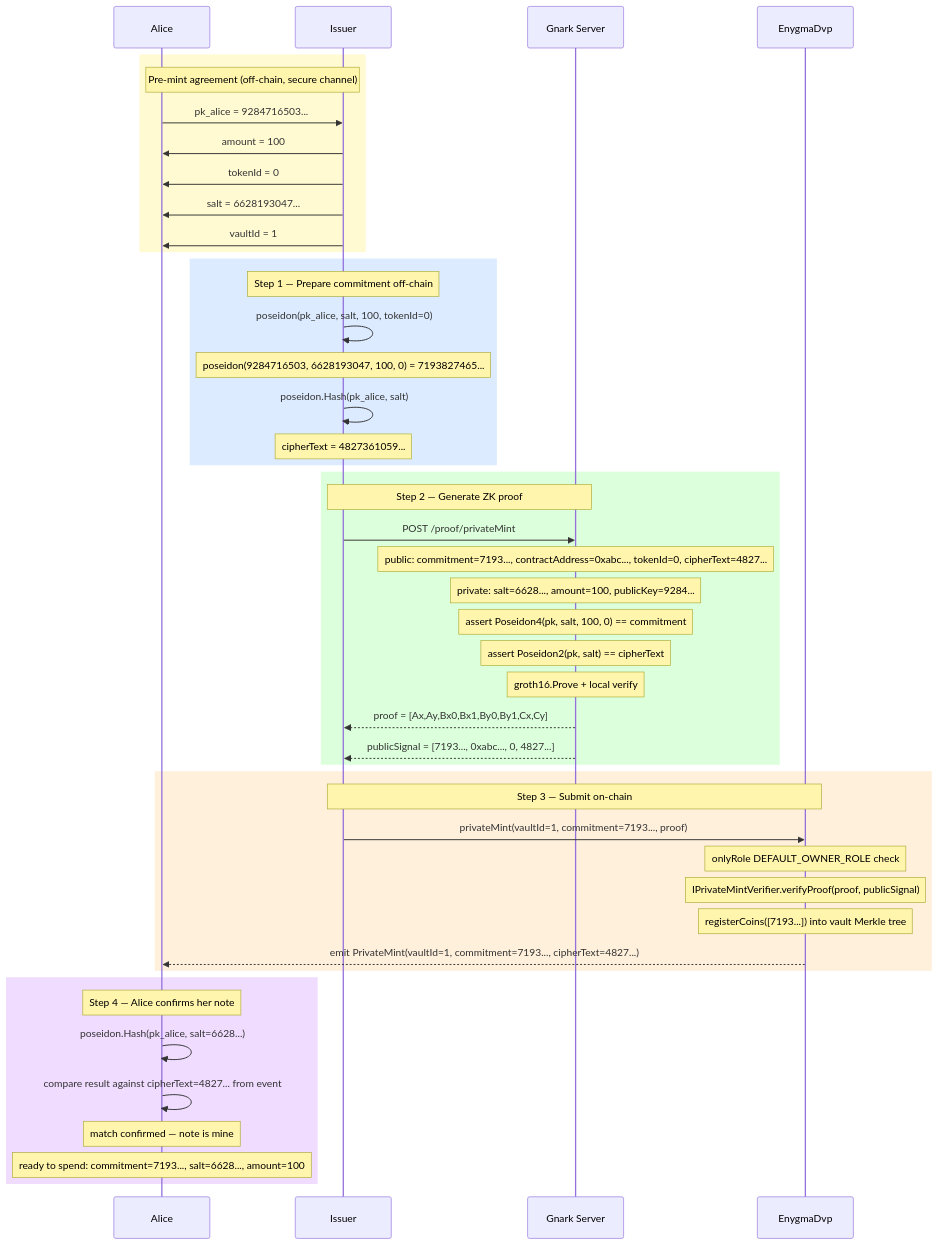
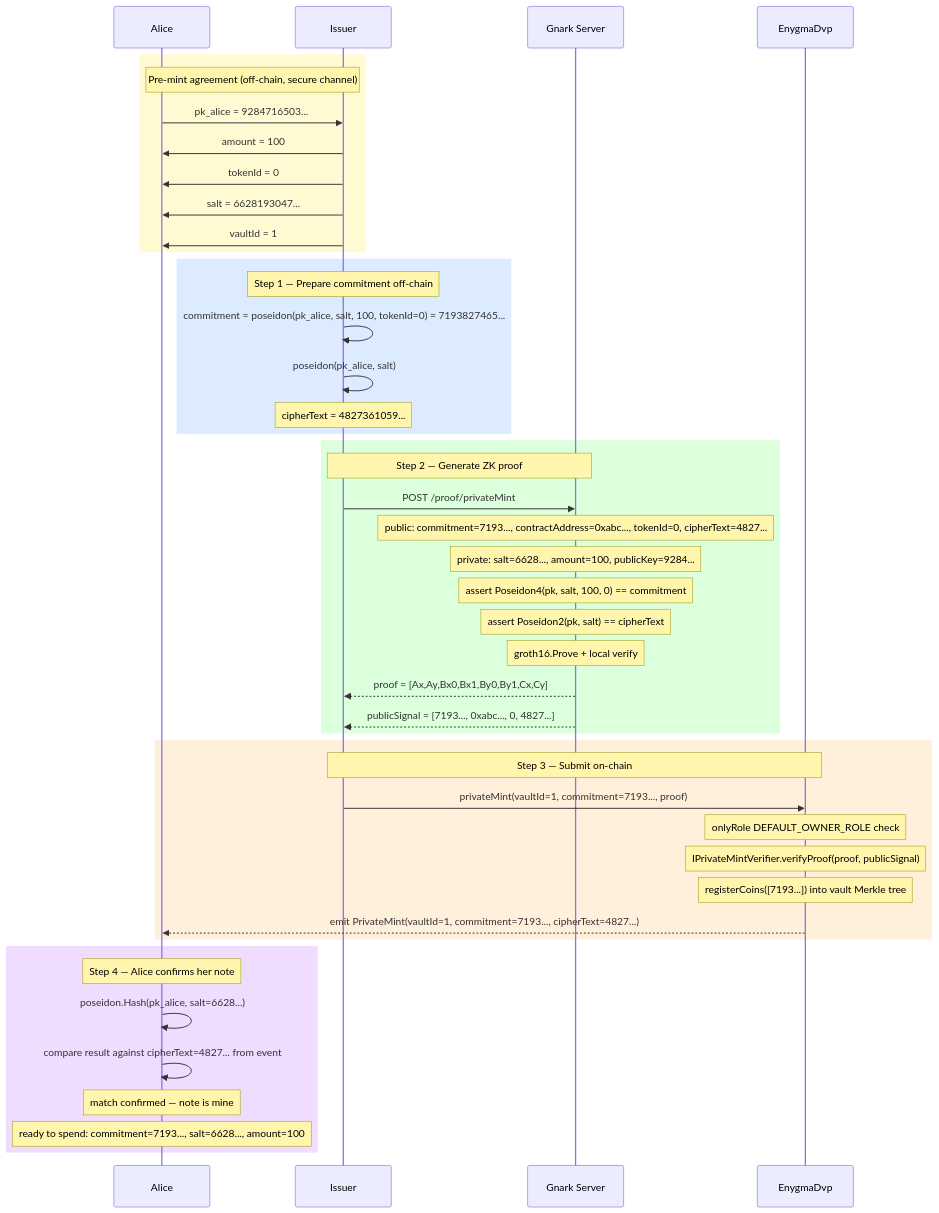
One commit to yaksetig/Enygma changed the diagram in enygma_dvp/docs/flows/02_private_mint.md. Above: the diagram before and after it, drawn with Mermaid. The commit also changed 4 other files, not shown here.

````diff
--- a/enygma_dvp/docs/flows/02_private_mint.md
+++ b/enygma_dvp/docs/flows/02_private_mint.md
@@ -98,61 +98,60 @@
 ```mermaid
 sequenceDiagram
     participant Alice
     participant Issuer
     participant Gnark as Gnark Server
     participant DVP as EnygmaDvp
 
     rect rgb(255, 250, 210)
         Note over Alice,Issuer: Pre-mint agreement (off-chain, secure channel)
 
         Alice->>Issuer: pk_alice = 9284716503...
         Issuer->>Alice: amount = 100
         Issuer->>Alice: tokenId = 0
         Issuer->>Alice: salt = 6628193047...
         Issuer->>Alice: vaultId = 1
     end
 
     rect rgb(220, 235, 255)
         Note over Issuer: Step 1 — Prepare commitment off-chain
 
-        Issuer->>Issuer: poseidon(pk_alice, salt, 100, tokenId=0)
-        Note over Issuer: poseidon(9284716503, 6628193047, 100, 0) = 7193827465...
+        Issuer->>Issuer: commitment = poseidon(pk_alice, salt, 100, tokenId=0) = 7193827465...
 
-        Issuer->>Issuer: poseidon.Hash(pk_alice, salt)
+        Issuer->>Issuer: poseidon(pk_alice, salt)
         Note over Issuer: cipherText = 4827361059...
     end
 
     rect rgb(220, 255, 220)
         Note over Issuer,Gnark: Step 2 — Generate ZK proof
 
         Issuer->>Gnark: POST /proof/privateMint
         Note over Gnark: public:  commitment=7193..., contractAddress=0xabc..., tokenId=0, cipherText=4827...
         Note over Gnark: private: salt=6628..., amount=100, publicKey=9284...
         Note over Gnark: assert Poseidon4(pk, salt, 100, 0) == commitment
         Note over Gnark: assert Poseidon2(pk, salt) == cipherText
         Note over Gnark: groth16.Prove + local verify
 
         Gnark-->>Issuer: proof = [Ax,Ay,Bx0,Bx1,By0,By1,Cx,Cy]
         Gnark-->>Issuer: publicSignal = [7193..., 0xabc..., 0, 4827...]
     end
 
     rect rgb(255, 240, 220)
         Note over Issuer,DVP: Step 3 — Submit on-chain
 
         Issuer->>DVP: privateMint(vaultId=1, commitment=7193..., proof)
         Note over DVP: onlyRole DEFAULT_OWNER_ROLE check
         Note over DVP: IPrivateMintVerifier.verifyProof(proof, publicSignal)
         Note over DVP: registerCoins([7193...]) into vault Merkle tree
 
         DVP-->>Alice: emit PrivateMint(vaultId=1, commitment=7193..., cipherText=4827...)
     end
 
     rect rgb(240, 220, 255)
         Note over Alice: Step 4 — Alice confirms her note
 
         Alice->>Alice: poseidon.Hash(pk_alice, salt=6628...)
         Alice->>Alice: compare result against cipherText=4827... from event
         Note over Alice: match confirmed — note is mine
         Note over Alice: ready to spend: commitment=7193..., salt=6628..., amount=100
     end
 ```
````
